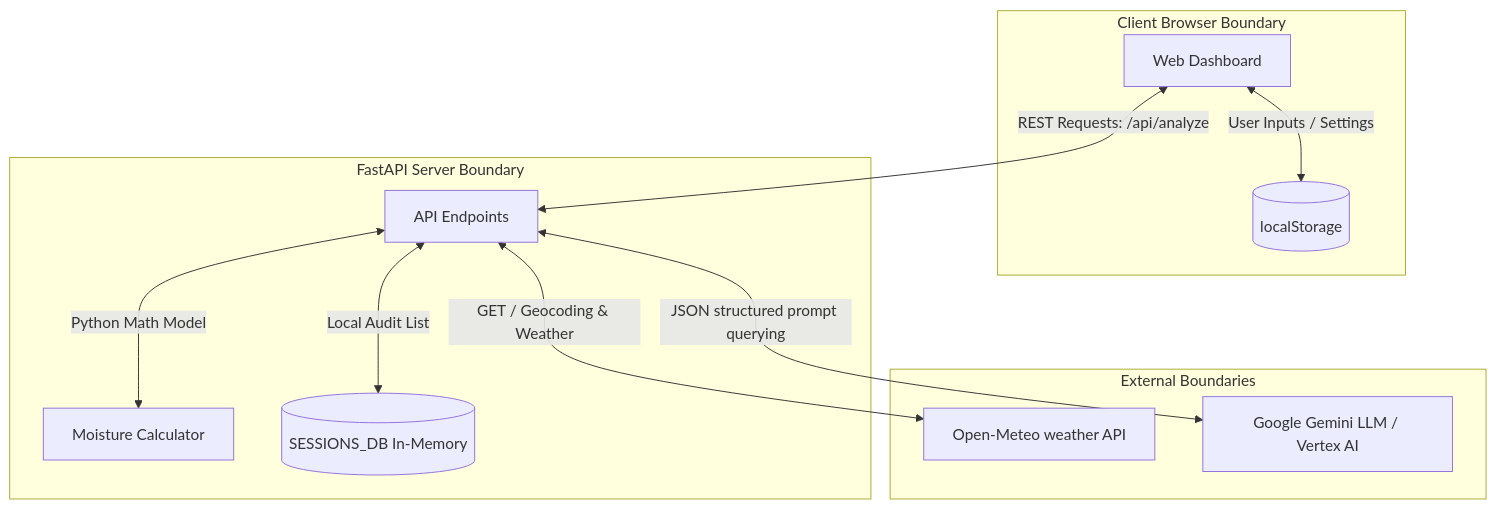
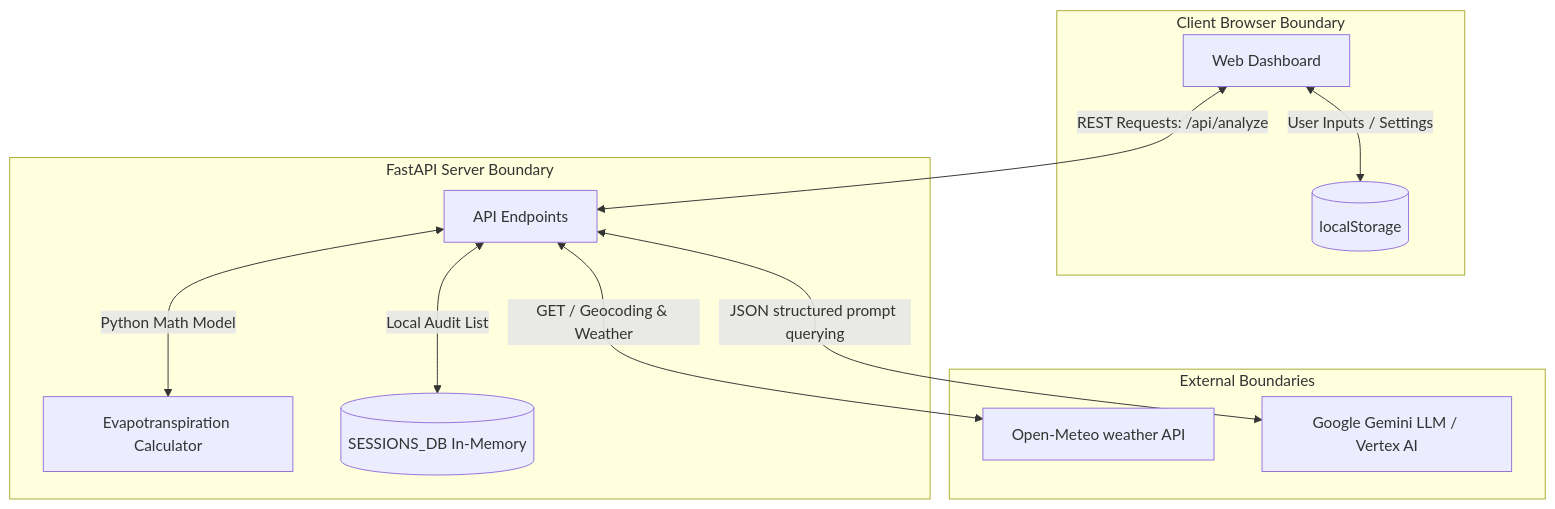
The diagram in threat_model.md (LeonTheDJ/Kaggle_Capstone_Water_Plants_Project), drawn with Mermaid before and after one commit. The commit also changed 8 other files, not shown here.

Commit message:
refactor: rename moisture_calculator to evapotranspiration_calculator

````diff
--- a/threat_model.md
+++ b/threat_model.md
@@ -11,25 +11,25 @@
 ```mermaid
 flowchart TD
     subgraph Client [Client Browser Boundary]
         UI[Web Dashboard]
         LS[(localStorage)]
     end
 
     subgraph LocalBackend [FastAPI Server Boundary]
         API[API Endpoints]
-        MC[Moisture Calculator]
+        EC[Evapotranspiration Calculator]
         SD[(SESSIONS_DB In-Memory)]
     end
 
     subgraph ExternalServices [External Boundaries]
         OM[Open-Meteo weather API]
         GEM[Google Gemini LLM / Vertex AI]
     end
 
     UI <-->|User Inputs / Settings| LS
     UI <-->|REST Requests: /api/analyze| API
-    API <-->|Python Math Model| MC
+    API <-->|Python Math Model| EC
     API <-->|Local Audit List| SD
     API <-->|GET / Geocoding & Weather| OM
     API <-->|JSON structured prompt querying| GEM
 ```
````
